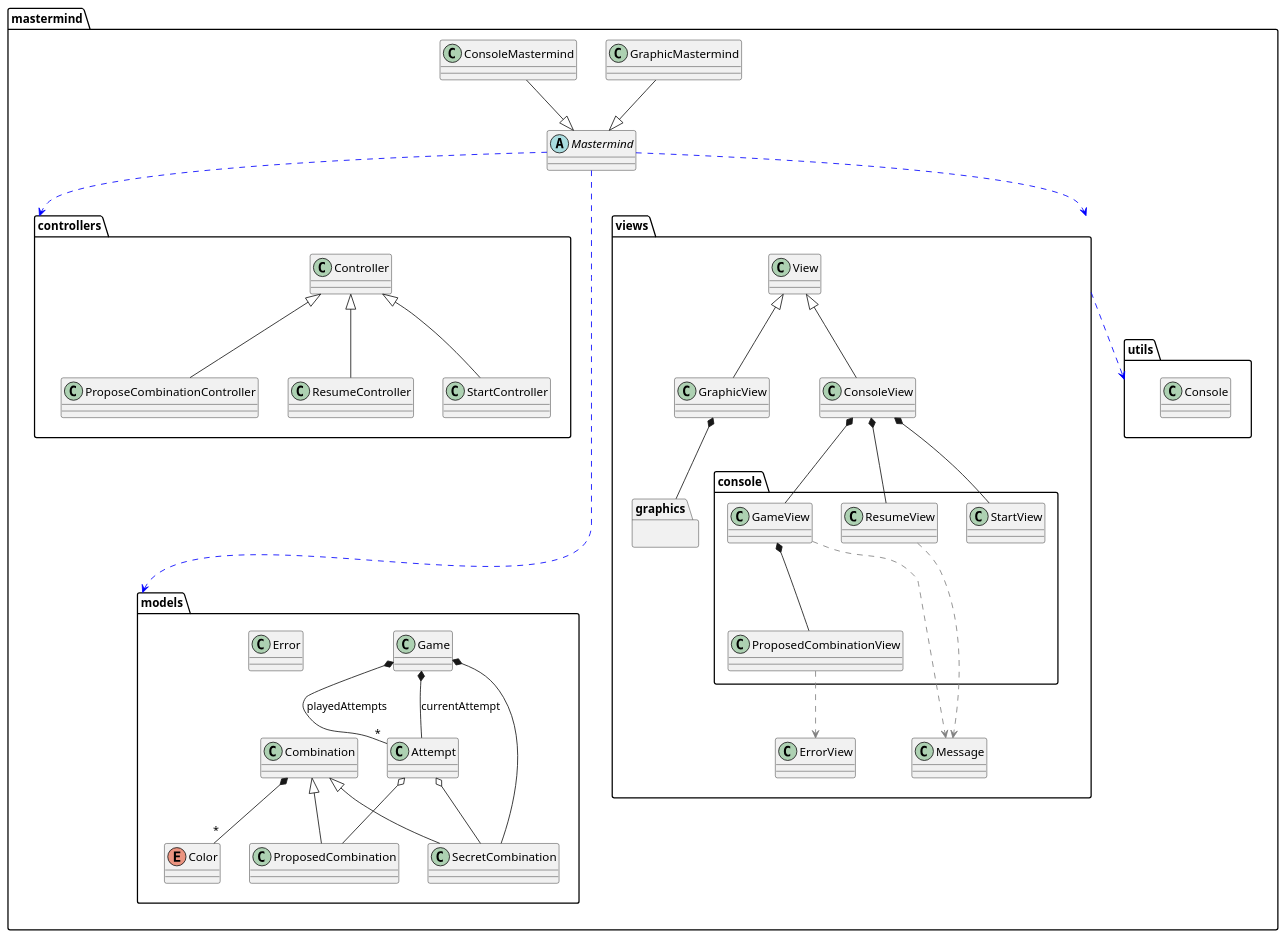
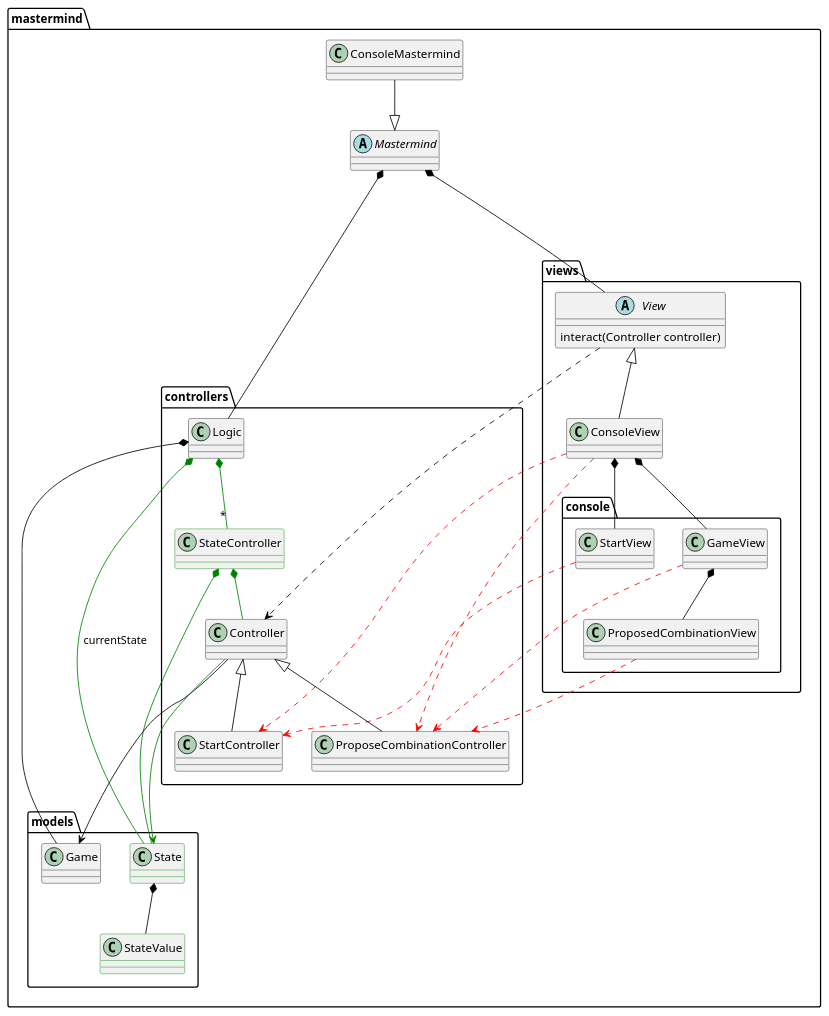
Before and after one commit to Master-Desarrollo-20-21/diseno-oo-ejercicio-3-mastermind-separacion-de-controladores-Ruskab: the diagram in doc/mastermind.puml, drawn with PlantUML. The commit also changed 1 other file, not shown here.

```diff
--- a/doc/mastermind.puml
+++ b/doc/mastermind.puml
@@ -1,102 +1,88 @@
 @startuml
 skinparam {
     BoundaryBackgroundColor #629EF9
     BoundaryBorderColor black
     BoundaryFontSize 12
     BoundarySize 10
     ControlBackgroundColor #b5bd68
     ControlBorderColor #718c00
     EntityBackgroundColor #F2AC4E
     EntityBorderColor black
+    ArrowColor black
+}
+
+hide stereotype
+skinparam class {
+    BorderColor<<new>> green
 }
 
 package mastermind {
 
 abstract class Mastermind
 class ConsoleMastermind
-class GraphicMastermind
 
 package controllers {
     class Controller
-    class ProposeCombinationController
-    class ResumeController
-    class StartController
+    class StateController <<new>>
+    class Logic {
+    }
+    class ProposeCombinationController{
+    }
+    class StartController{
+    }
 }
+package models {
+    class Game
 
-package models {
-
-    class Game
-    class Combination
-    class SecretCombination
-    class ProposedCombination
-    Enum Color
-    class Attempt
-    class Error
-
+    class State <<new>>
+    class StateValue <<new>>
 }
-package utils {
-    class Console
-}
-
-
 
 package views {
 
-    class ErrorView
-    class Message
-    class View
-    class GraphicView
+    Abstract View {
+        interact(Controller controller)
+    }
+
     class ConsoleView
 
     package console{
         class StartView
         class ProposedCombinationView
-        class ResumeView
         class GameView
 }
 
 
-    package graphics {
-
-    }
 
 }
-Mastermind .[#blue]down....> models
-Mastermind .[#blue]down.> views
-Mastermind .[#blue]down.> controllers
 
-views .[#blue]down.> utils
+Mastermind *-- View
+Mastermind *---- Logic
+Mastermind <|-up- ConsoleMastermind
+View <|-- ConsoleView
+View ..> Controller
+ConsoleView .[#red].> StartController
+ConsoleView .[#red].> ProposeCombinationController
 
-Mastermind <|-up- ConsoleMastermind
-Mastermind <|-up- GraphicMastermind
-View <|-- ConsoleView
-View <|-- GraphicView
-
+Logic *-- Game
+Logic *-[#green]- State : currentState
+Logic *-[#green]- "*" StateController
+StateController *-[#green]- Controller
+StateController *-[#green]- State
 
 ConsoleView *-- GameView
-ConsoleView *-- ResumeView
 ConsoleView *-- StartView
+
 GameView *-- ProposedCombinationView
-GameView .[#grey]..> Message
-ResumeView .[#grey].> Message
-ProposedCombinationView .[#grey].> ErrorView
-
-Combination <|-- ProposedCombination
-Combination <|-- SecretCombination
-Attempt o-- ProposedCombination
-Attempt o-- SecretCombination
-Combination *-- "*" Color
-Game *-- SecretCombination
-Game *-- "*" Attempt : playedAttempts
-Game *-- Attempt : currentAttempt
-GraphicView *-- graphics
-
+GameView .[#red].> ProposeCombinationController
+StartView .[#red].> StartController
+ProposedCombinationView .[#red].> ProposeCombinationController
 Controller <|-- StartController
-Controller <|-- ResumeController
 Controller <|-- ProposeCombinationController
-
-
+Controller --> Game
+Controller -[#green]--> State
+State *-- StateValue
 }
 
 
 @enduml
```
